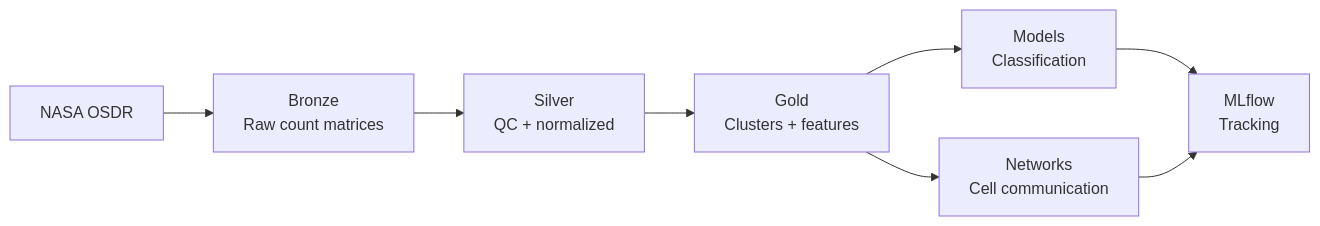
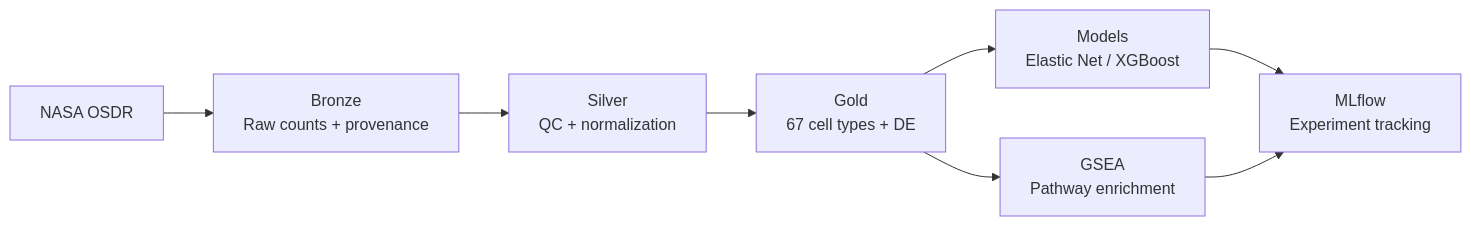
Before and after one commit to h4rrye/spaceGen: the diagram in README.md, drawn with Mermaid. The commit also changed other lines of this file, not shown here.

````diff
--- a/README.md
+++ b/README.md
@@ -33,10 +23,10 @@
 ```mermaid
 graph LR
-    A[NASA OSDR] --> B[Bronze<br/>Raw count matrices]
-    B --> C[Silver<br/>QC + normalized]
-    C --> D[Gold<br/>Clusters + features]
-    D --> E[Models<br/>Classification]
-    D --> F[Networks<br/>Cell communication]
-    E --> G[MLflow<br/>Tracking]
+    A[NASA OSDR] --> B[Bronze<br/>Raw counts + provenance]
+    B --> C[Silver<br/>QC + normalization]
+    C --> D[Gold<br/>67 cell types + DE]
+    D --> E[Models<br/>Elastic Net / XGBoost]
+    D --> F[GSEA<br/>Pathway enrichment]
+    E --> G[MLflow<br/>Experiment tracking]
     F --> G
 ```
````
